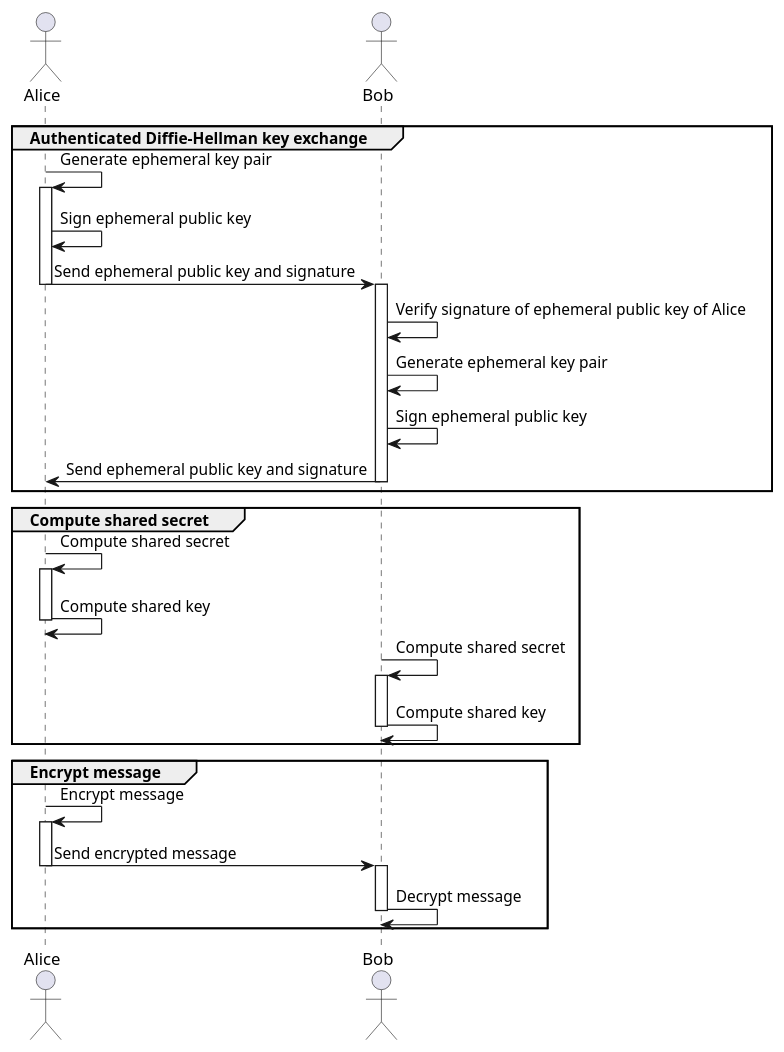
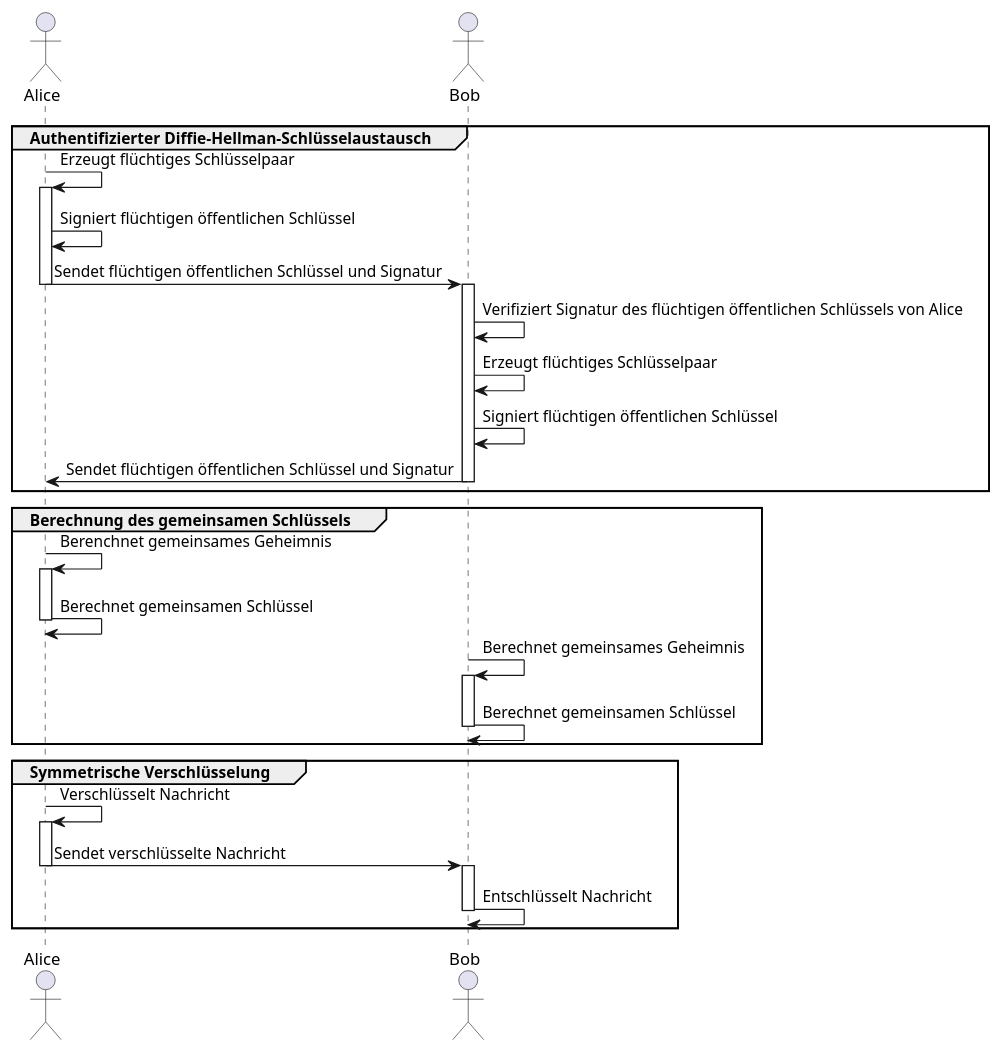
The diagram in puml/sec.puml (NicoleSauer/BachelorsThesis), drawn with PlantUML before and after one commit. The commit also changed 10 other files, not shown here.

Commit message:
added description text to sequence diagram for security in architecture

```diff
--- a/puml/sec.puml
+++ b/puml/sec.puml
@@ -1,47 +1,47 @@
 @startuml
 actor Alice
 actor Bob
 
-group Authenticated Diffie-Hellman key exchange
+group Authentifizierter Diffie-Hellman-Schlüsselaustausch
     
-    Alice -> Alice: Generate ephemeral key pair
+    Alice -> Alice: Erzeugt flüchtiges Schlüsselpaar
     activate Alice
-    Alice -> Alice: Sign ephemeral public key
-    Alice -> Bob: Send ephemeral public key and signature
+    Alice -> Alice: Signiert flüchtigen öffentlichen Schlüssel
+    Alice -> Bob: Sendet flüchtigen öffentlichen Schlüssel und Signatur
     deactivate Alice
 
     activate Bob
-    Bob -> Bob: Verify signature of ephemeral public key of Alice
-    Bob -> Bob: Generate ephemeral key pair
-    Bob -> Bob: Sign ephemeral public key
-    Bob -> Alice: Send ephemeral public key and signature
+    Bob -> Bob: Verifiziert Signatur des flüchtigen öffentlichen Schlüssels von Alice
+    Bob -> Bob: Erzeugt flüchtiges Schlüsselpaar
+    Bob -> Bob: Signiert flüchtigen öffentlichen Schlüssel
+    Bob -> Alice: Sendet flüchtigen öffentlichen Schlüssel und Signatur
     deactivate Bob
 end
 
-group Compute shared secret
+group Berechnung des gemeinsamen Schlüssels
     
-    Alice -> Alice: Compute shared secret
+    Alice -> Alice: Berenchnet gemeinsames Geheimnis
     activate Alice
-    Alice -> Alice: Compute shared key
+    Alice -> Alice: Berechnet gemeinsamen Schlüssel
     deactivate Alice
 
     
-    Bob -> Bob: Compute shared secret
+    Bob -> Bob: Berechnet gemeinsames Geheimnis
     activate Bob
-    Bob -> Bob: Compute shared key
+    Bob -> Bob: Berechnet gemeinsamen Schlüssel
     deactivate Bob
 end
 
-group Encrypt message
+group Symmetrische Verschlüsselung
     
-    Alice -> Alice: Encrypt message
+    Alice -> Alice: Verschlüsselt Nachricht
     activate Alice
-    Alice -> Bob: Send encrypted message
+    Alice -> Bob: Sendet verschlüsselte Nachricht
     deactivate Alice
 
     activate Bob
-    Bob -> Bob: Decrypt message
+    Bob -> Bob: Entschlüsselt Nachricht
     deactivate Bob
 end
 
 @enduml
```
